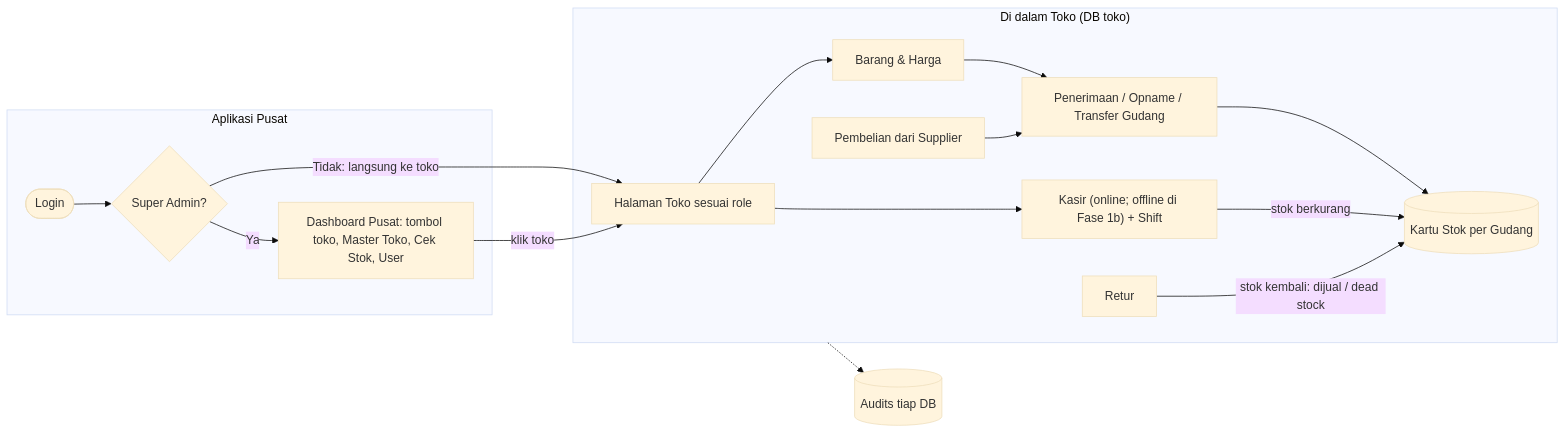
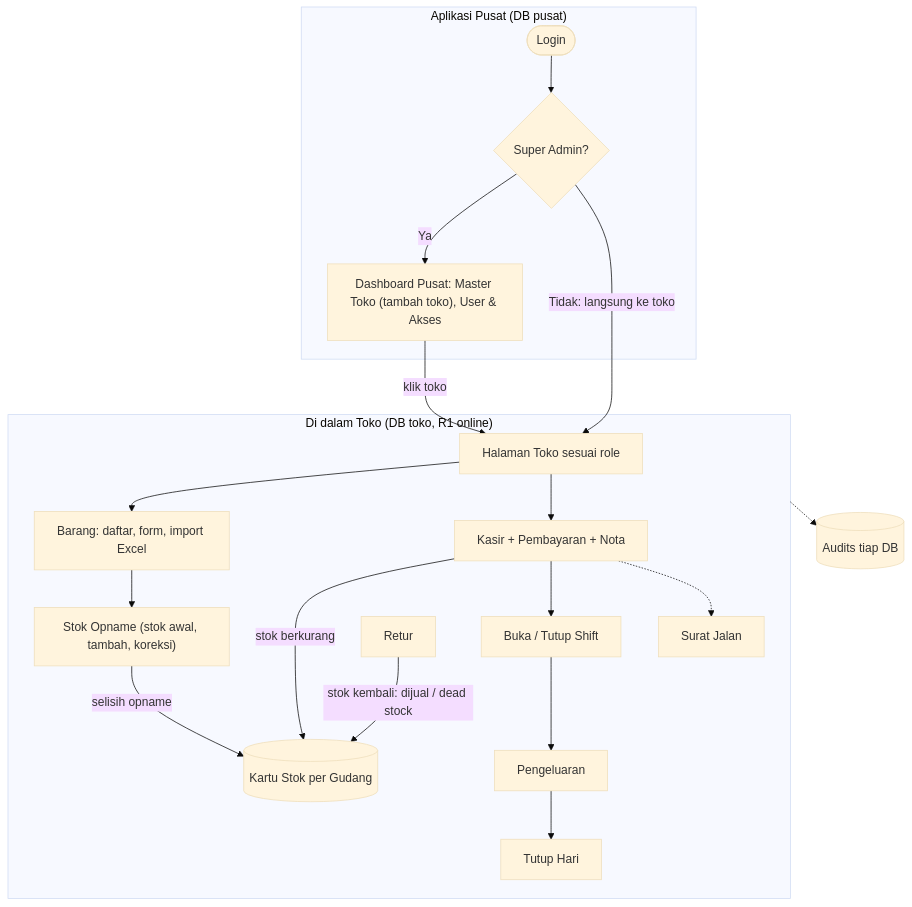
Before and after one commit to aliefpraditya/store-management: the first of 30 diagrams in docs/analisis-sistem.md, drawn with Mermaid (base theme). The commit also changed other lines of this file and 13 other files, not shown here.

First line of the commit message:
Redesign wireframe and diagrams for R1, split R2, add PDFs

````diff
--- a/docs/analisis-sistem.md
+++ b/docs/analisis-sistem.md
@@ -379,27 +381,33 @@
 ```mermaid
-flowchart LR
-    subgraph PUSAT["Aplikasi Pusat"]
+flowchart TB
+    subgraph PUSAT["Aplikasi Pusat (DB pusat)"]
         P1(["Login"]) --> P2{"Super Admin?"}
-        P2 -->|"Ya"| P3["Dashboard Pusat: tombol toko, Master Toko, Cek Stok, User"]
+        P2 -->|"Ya"| P3["Dashboard Pusat: Master Toko (tambah toko), User & Akses"]
     end
-    subgraph TOKO["Di dalam Toko (DB toko)"]
+    subgraph TOKO["Di dalam Toko (DB toko, R1 online)"]
         T0["Halaman Toko sesuai role"]
-        T1["Barang & Harga"]
-        T2["Penerimaan / Opname / Transfer Gudang"]
-        T3["Kasir (online; offline di Fase 1b) + Shift"]
+        T1["Barang: daftar, form, import Excel"]
+        T2["Stok Opname (stok awal, tambah, koreksi)"]
+        T3["Kasir + Pembayaran + Nota"]
+        T3b["Buka / Tutup Shift"]
         T4["Retur"]
-        T5["Pembelian dari Supplier"]
+        T5["Surat Jalan"]
+        T6["Pengeluaran"]
+        T7["Tutup Hari"]
         K[("Kartu Stok per Gudang")]
         T1 --> T2
-        T2 --> K
+        T2 -->|"selisih opname"| K
         T3 -->|"stok berkurang"| K
         T4 -->|"stok kembali: dijual / dead stock"| K
-        T5 --> T2
+        T3 --> T3b
+        T3 -.-> T5
+        T3b --> T6
+        T6 --> T7
     end
     P2 -->|"Tidak: langsung ke toko"| T0
     P3 -->|"klik toko"| T0
     T0 --> T1
     T0 --> T3
     AUD[("Audits tiap DB")]
     TOKO -.-> AUD
 ```
````
